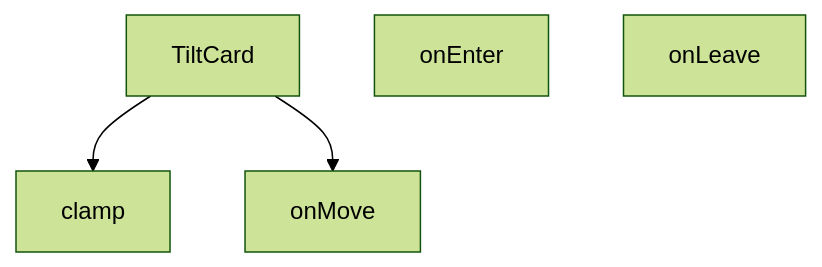
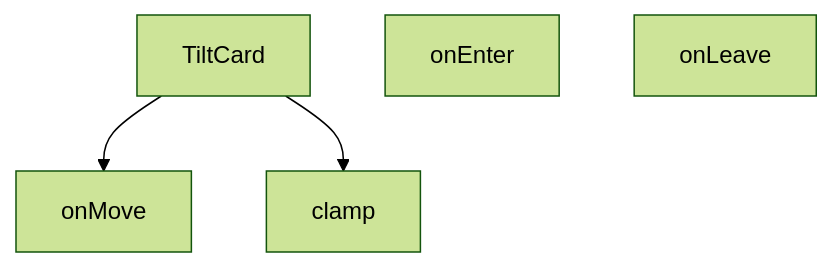
Before and after one commit to peckop/venthub-hvac-esite: the diagram in src/components/TiltCard.md, drawn with Mermaid (forest theme). The commit also changed other lines of this file and 26 other files, not shown here.

````diff
--- a/src/components/TiltCard.md
+++ b/src/components/TiltCard.md
@@ -146,10 +102,10 @@
 ```mermaid
 graph TD
     TiltCard_tsx__TiltCard["TiltCard"]
     TiltCard_tsx__clamp["clamp"]
     TiltCard_tsx__onEnter["onEnter"]
     TiltCard_tsx__onLeave["onLeave"]
     TiltCard_tsx__onMove["onMove"]
+    TiltCard_tsx__TiltCard --> TiltCard_tsx__onMove
     TiltCard_tsx__TiltCard --> TiltCard_tsx__clamp
-    TiltCard_tsx__TiltCard --> TiltCard_tsx__onMove
 ```
````
